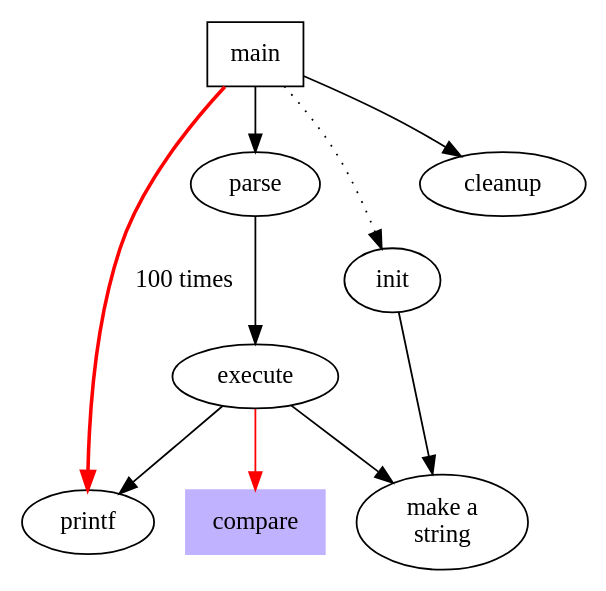
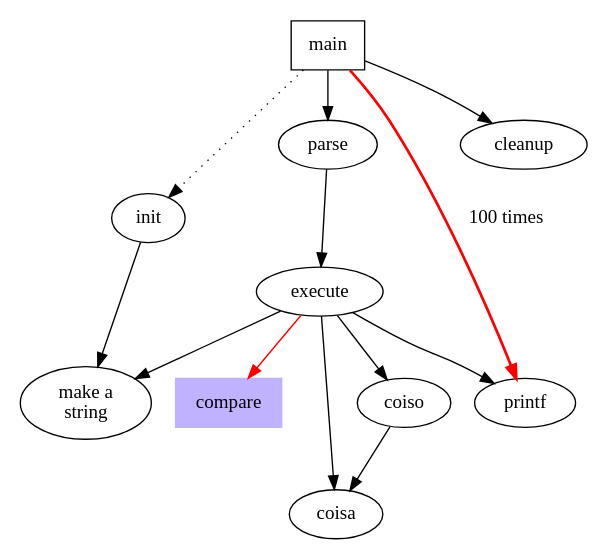
The diagram in test_files/test2.dot (diogojapinto/Dot2Dot), drawn with Graphviz before and after one commit. The commit also changed 23 other files, not shown here.

```diff
--- a/test_files/test2.dot
+++ b/test_files/test2.dot
@@ -1,15 +1,15 @@
 digraph G {
  size ="4,4";
  main [shape=box]; /* this is a comment */
  main -> parse [weight=8];
  parse -> execute;
  main -> init [style=dotted];
  main -> cleanup;
- execute -> { make_string; printf}
+ execute -> { make_string; {coiso -> coisa}; printf }
  init -> make_string;
  edge [color=red]; // so is this
  main -> printf [style=bold,label="100 times"];
  make_string [label="make a\nstring"];
  node [shape=box,style=filled,color=".7 .3 1.0"];
  execute -> compare;
 }
```
